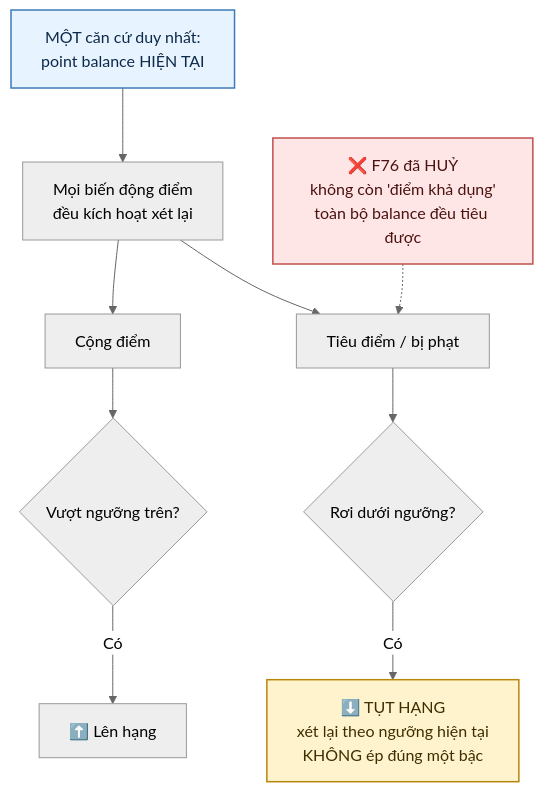
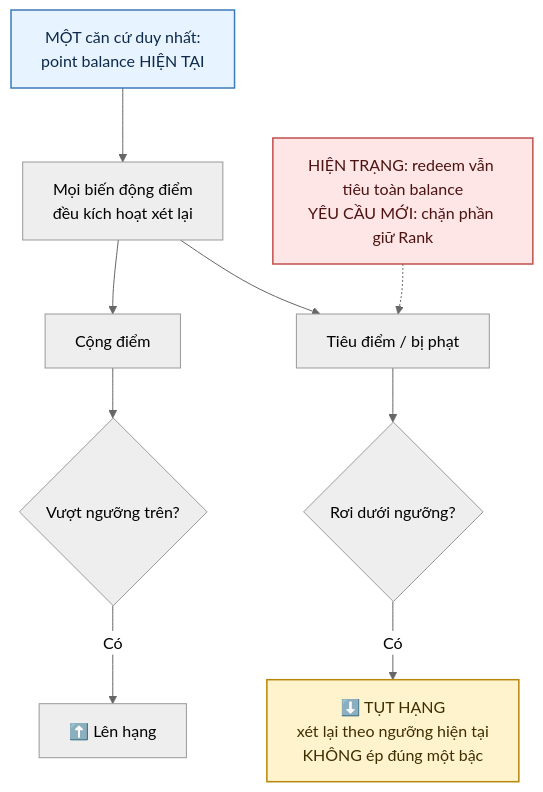
One commit to fdshn/trueheart changed the second of 7 diagrams in docs/diagram/12-rank.md. Above: the diagram before and after it, drawn with Mermaid (neutral theme). The commit also changed other lines of this file, not shown here.

Commit message:
docs: mark rank protection as target for item redemption

````diff
--- a/docs/diagram/12-rank.md
+++ b/docs/diagram/12-rank.md
@@ -21,16 +27,16 @@
 ```mermaid
 flowchart TD
     A["MỘT căn cứ duy nhất:<br/>point balance HIỆN TẠI"] --> B[Mọi biến động điểm<br/>đều kích hoạt xét lại]
 
     B --> C[Cộng điểm] --> D{Vượt ngưỡng trên?}
     D -->|Có| E[⬆️ Lên hạng]
 
     B --> F[Tiêu điểm / bị phạt] --> G{Rơi dưới ngưỡng?}
     G -->|Có| H["⬇️ TỤT HẠNG<br/>xét lại theo ngưỡng hiện tại<br/>KHÔNG ép đúng một bậc"]
 
-    I["❌ F76 đã HUỶ<br/>không còn 'điểm khả dụng'<br/>toàn bộ balance đều tiêu được"] -.-> F
+    I["HIỆN TRẠNG: redeem vẫn tiêu toàn balance<br/>YÊU CẦU MỚI: chặn phần giữ Rank"] -.-> F
 
     style A fill:#e7f3ff,stroke:#3d7ab8,stroke-width:1.5px,color:#0d2a4a
     style H fill:#fff3cd,stroke:#b8860b,stroke-width:1.5px,color:#3d2f00
     style I fill:#ffe6e6,stroke:#c0504d,stroke-width:1.5px,color:#4a1210
 ```
````
